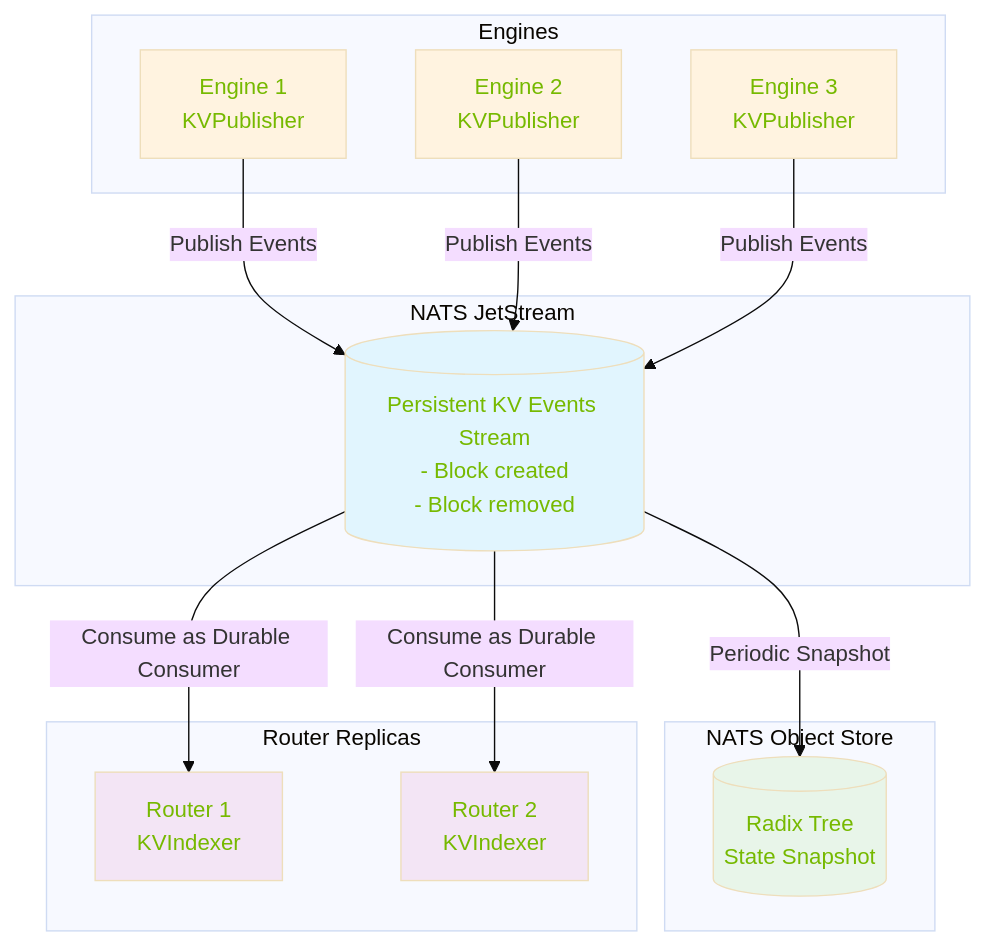
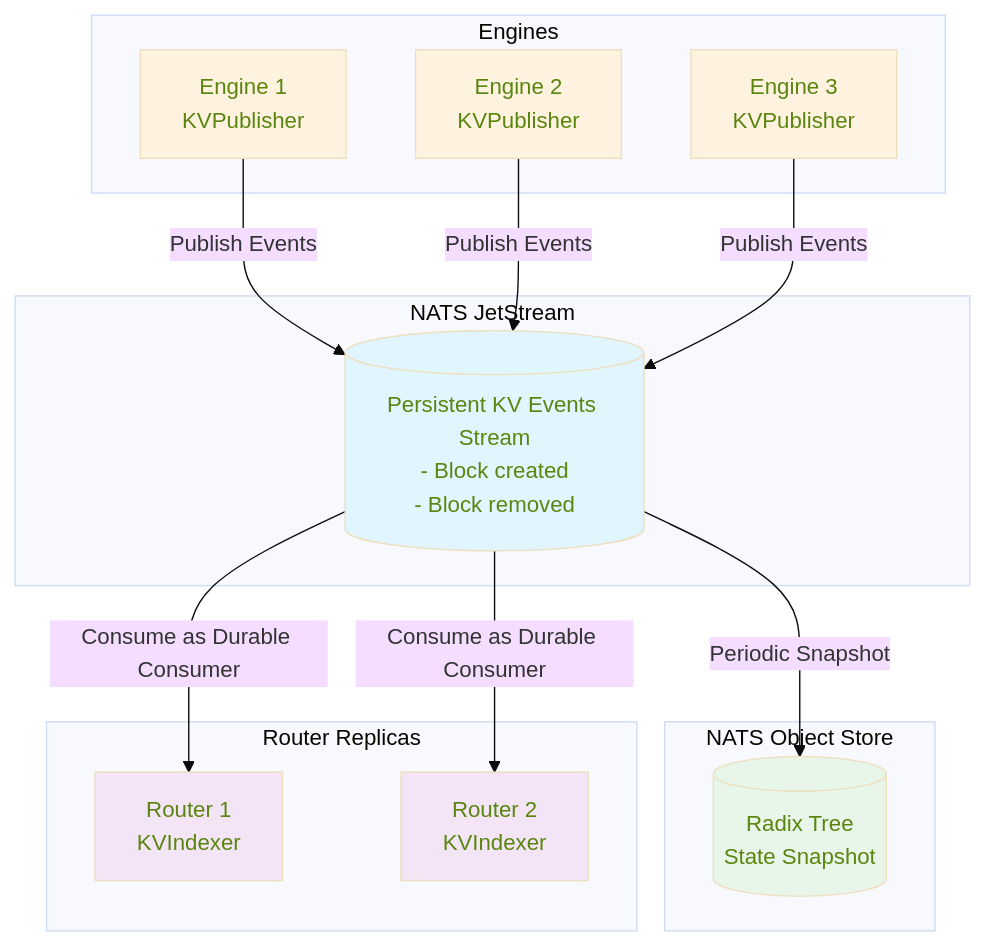
One commit to ai-dynamo/dynamo changed the first of 2 diagrams in docs/architecture/kv_cache_routing.md. Above: the diagram before and after it, drawn with Mermaid (base theme).

Commit message:
25% darker

````diff
--- a/docs/architecture/kv_cache_routing.md
+++ b/docs/architecture/kv_cache_routing.md
@@ -45,37 +45,37 @@
 ```mermaid
 graph TD
     subgraph Engines
         E1[Engine 1<br/>KVPublisher]
         E2[Engine 2<br/>KVPublisher]
         E3[Engine 3<br/>KVPublisher]
     end
 
     subgraph "NATS JetStream"
         JS[(Persistent KV Events Stream<br/>- Block created<br/>- Block removed)]
     end
 
     subgraph "NATS Object Store"
         OS[(Radix Tree<br/>State Snapshot)]
     end
 
     subgraph "Router Replicas"
         R1[Router 1<br/>KVIndexer]
         R2[Router 2<br/>KVIndexer]
     end
 
     E1 -->|Publish Events| JS
     E2 -->|Publish Events| JS
     E3 -->|Publish Events| JS
 
     JS -->|Consume as Durable Consumer| R1
     JS -->|Consume as Durable Consumer| R2
     JS -->|Periodic Snapshot| OS
 
-    style JS fill:#e1f5fe,color:#76b900
-    style OS fill:#e8f5e9,color:#76b900
-    style E1 fill:#fff3e0,color:#76b900
-    style E2 fill:#fff3e0,color:#76b900
-    style E3 fill:#fff3e0,color:#76b900
-    style R1 fill:#f3e5f5,color:#76b900
-    style R2 fill:#f3e5f5,color:#76b900
+    style JS fill:#e1f5fe,color:#5a850f
+    style OS fill:#e8f5e9,color:#5a850f
+    style E1 fill:#fff3e0,color:#5a850f
+    style E2 fill:#fff3e0,color:#5a850f
+    style E3 fill:#fff3e0,color:#5a850f
+    style R1 fill:#f3e5f5,color:#5a850f
+    style R2 fill:#f3e5f5,color:#5a850f
 ```
````
